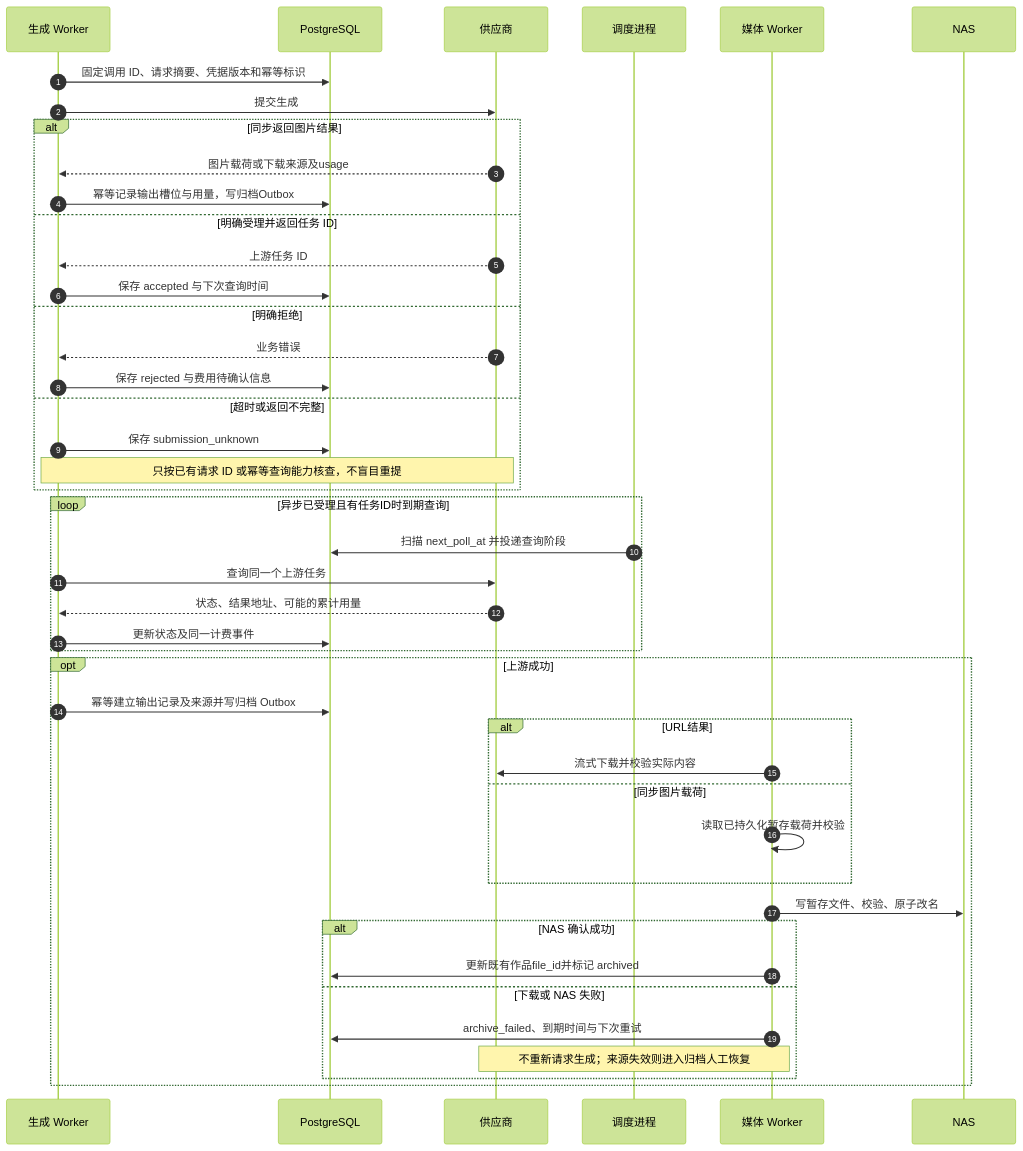
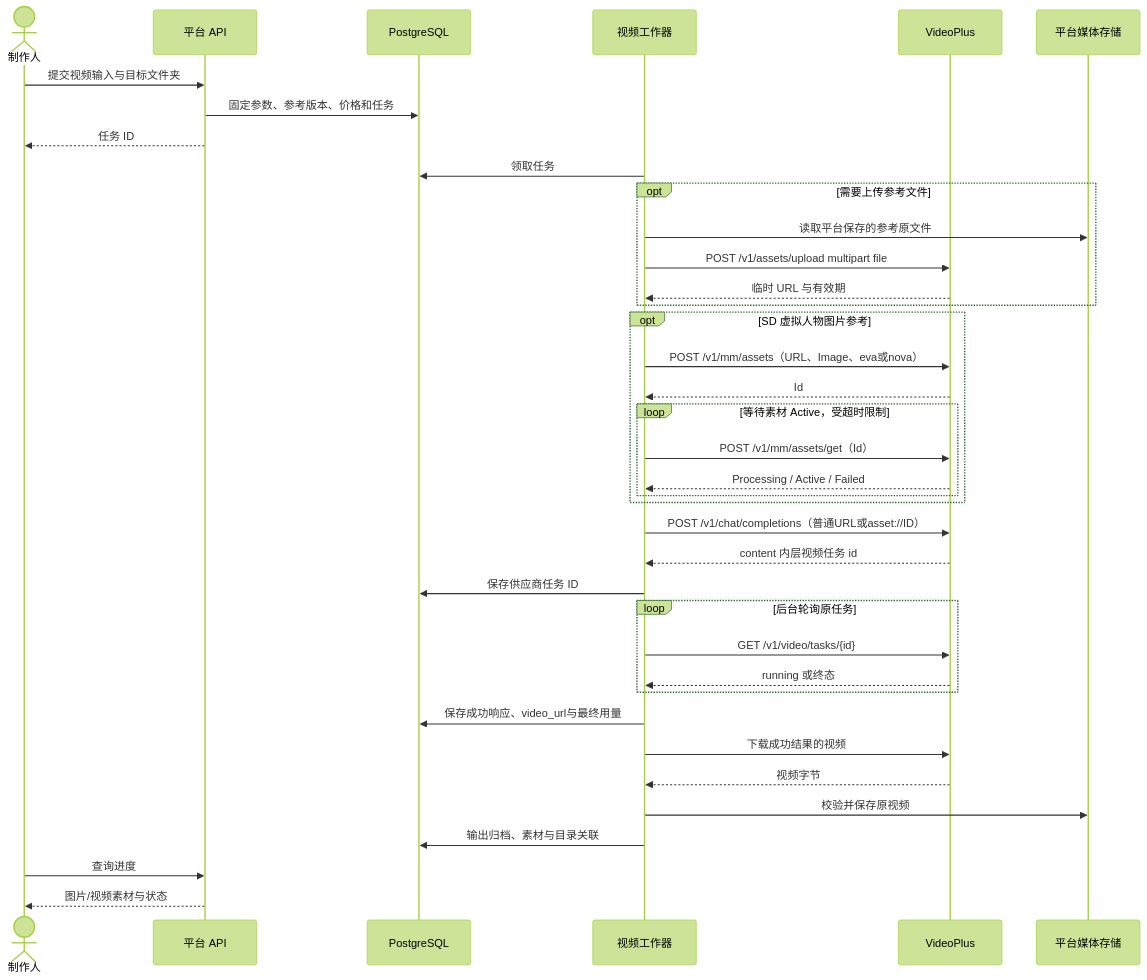
One commit to pleasureswx123/higgsfield changed the sixth of 8 diagrams in docs/技术架构方案.md. Above: the diagram before and after it, drawn with Mermaid (forest theme). The commit also changed other lines of this file and 72 other files, not shown here.

````diff
--- a/docs/技术架构方案.md
+++ b/docs/技术架构方案.md
@@ -883,46 +181,40 @@
 ```mermaid
 sequenceDiagram
-    autonumber
-    participant W as 生成 Worker
-    participant DB as PostgreSQL
-    participant P as 供应商
-    participant DS as 调度进程
-    participant MW as 媒体 Worker
-    participant NAS as NAS
-    W->>DB: 固定调用 ID、请求摘要、凭据版本和幂等标识
-    W->>P: 提交生成
-    alt 同步返回图片结果
-        P-->>W: 图片载荷或下载来源及usage
-        W->>DB: 幂等记录输出槽位与用量，写归档Outbox
-    else 明确受理并返回任务 ID
-        P-->>W: 上游任务 ID
-        W->>DB: 保存 accepted 与下次查询时间
-    else 明确拒绝
-        P-->>W: 业务错误
-        W->>DB: 保存 rejected 与费用待确认信息
-    else 超时或返回不完整
-        W->>DB: 保存 submission_unknown
-        Note over W,P: 只按已有请求 ID 或幂等查询能力核查，不盲目重提
+  actor U as 制作人
+  participant API as 平台 API
+  participant DB as PostgreSQL
+  participant W as 视频工作器
+  participant G as VideoPlus
+  participant S as 平台媒体存储
+  U->>API: 提交视频输入与目标文件夹
+  API->>DB: 固定参数、参考版本、价格和任务
+  API-->>U: 任务 ID
+  W->>DB: 领取任务
+  opt 需要上传参考文件
+    W->>S: 读取平台保存的参考原文件
+    W->>G: POST /v1/assets/upload multipart file
+    G-->>W: 临时 URL 与有效期
+  end
+  opt SD 虚拟人物图片参考
+    W->>G: POST /v1/mm/assets（URL、Image、eva或nova）
+    G-->>W: Id
+    loop 等待素材 Active，受超时限制
+      W->>G: POST /v1/mm/assets/get（Id）
+      G-->>W: Processing / Active / Failed
     end
-    loop 异步已受理且有任务ID时到期查询
-        DS->>DB: 扫描 next_poll_at 并投递查询阶段
-        W->>P: 查询同一个上游任务
-        P-->>W: 状态、结果地址、可能的累计用量
-        W->>DB: 更新状态及同一计费事件
-    end
-    opt 上游成功
-        W->>DB: 幂等建立输出记录及来源并写归档 Outbox
-        alt URL结果
-            MW->>P: 流式下载并校验实际内容
-        else 同步图片载荷
-            MW->>MW: 读取已持久化暂存载荷并校验
-        end
-        MW->>NAS: 写暂存文件、校验、原子改名
-        alt NAS 确认成功
-            MW->>DB: 更新既有作品file_id并标记 archived
-        else 下载或 NAS 失败
-            MW->>DB: archive_failed、到期时间与下次重试
-            Note over MW,P: 不重新请求生成；来源失效则进入归档人工恢复
-        end
-    end
+  end
+  W->>G: POST /v1/chat/completions（普通URL或asset://ID）
+  G-->>W: content 内层视频任务 id
+  W->>DB: 保存供应商任务 ID
+  loop 后台轮询原任务
+    W->>G: GET /v1/video/tasks/{id}
+    G-->>W: running 或终态
+  end
+  W->>DB: 保存成功响应、video_url与最终用量
+  W->>G: 下载成功结果的视频
+  G-->>W: 视频字节
+  W->>S: 校验并保存原视频
+  W->>DB: 输出归档、素材与目录关联
+  U->>API: 查询进度
+  API-->>U: 图片/视频素材与状态
 ```
````
